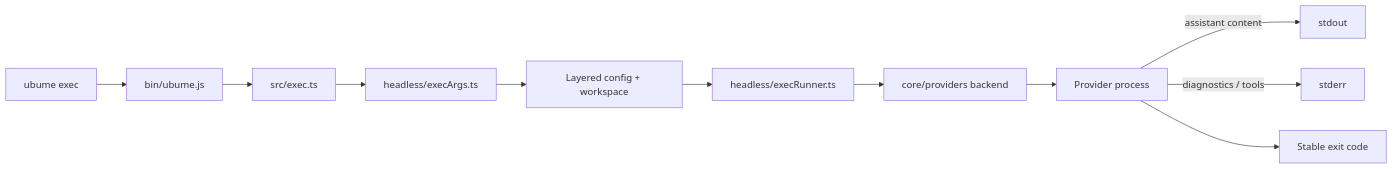
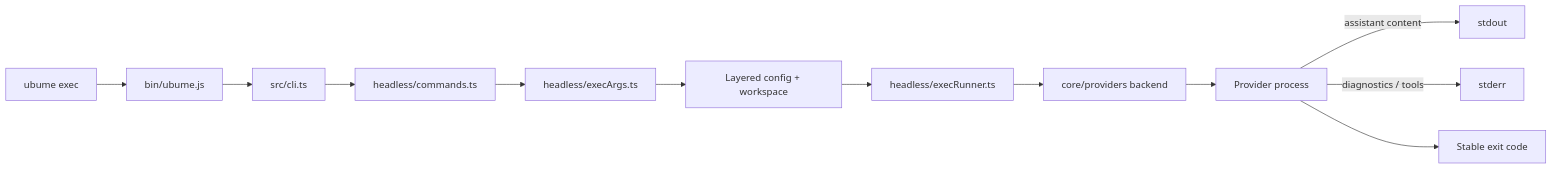
One commit to golba98/Codexa changed the fifth of 9 diagrams in docs/ARCHITECTURE.md. Above: the diagram before and after it, drawn with Mermaid. The commit also changed other lines of this file and 7 other files, not shown here.

First line of the commit message:
fix(dev): run headless dev launches through src/cli.ts

````diff
--- a/docs/ARCHITECTURE.md
+++ b/docs/ARCHITECTURE.md
@@ -152,13 +152,14 @@
 ```mermaid
 flowchart LR
   CLI[ubume exec] --> Launcher[bin/ubume.js]
-  Launcher --> Entry[src/exec.ts]
-  Entry --> Parse[headless/execArgs.ts]
+  Launcher --> Entry[src/cli.ts]
+  Entry --> Commands[headless/commands.ts]
+  Commands --> Parse[headless/execArgs.ts]
   Parse --> Resolve[Layered config + workspace]
   Resolve --> Runner[headless/execRunner.ts]
   Runner --> Backend[core/providers backend]
   Backend --> Child[Provider process]
   Child -->|assistant content| Stdout[stdout]
   Child -->|diagnostics / tools| Stderr[stderr]
   Child --> Exit[Stable exit code]
 ```
````
